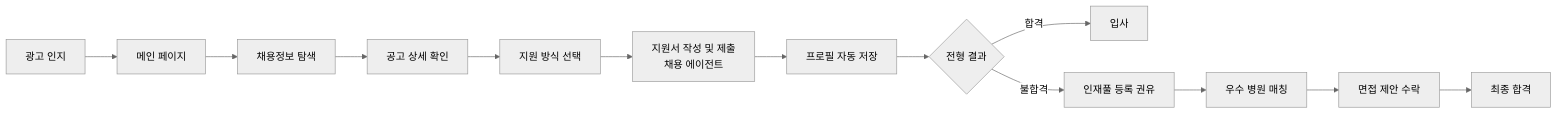
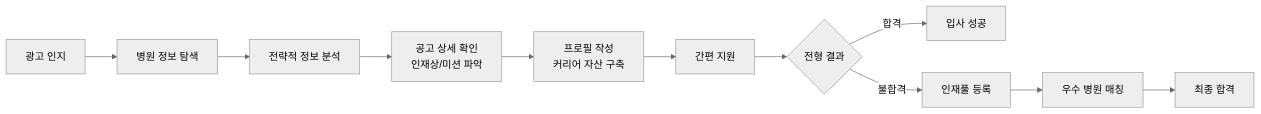
Before and after one commit to roydude/cursor-for-product-manager: the first of 2 diagrams in docs/01_product/메디컬잡다_리더_보고자료_원페이저.md, drawn with Mermaid (neutral theme). The commit also changed other lines of this file and 3 other files, not shown here.

````diff
--- a/docs/01_product/메디컬잡다_리더_보고자료_원페이저.md
+++ b/docs/01_product/메디컬잡다_리더_보고자료_원페이저.md
@@ -70,15 +136,14 @@
 ```mermaid
 graph LR
-    A[광고 인지] --> B[메인 페이지]
-    B --> C[채용정보 탐색]
-    C --> D[공고 상세 확인]
-    D --> E[지원 방식 선택]
-    E --> F[지원서 작성 및 제출<br>채용 에이전트]
-    F --> G[프로필 자동 저장]
-    G --> H{전형 결과}
-    H -->|합격| I[입사]
-    H -->|불합격| J[인재풀 등록 권유]
-    J --> K[우수 병원 매칭]
-    K --> L[면접 제안 수락]
-    L --> M[최종 합격]
+    A[광고 인지] --> B[병원 정보 탐색]
+    B --> C[전략적 정보 분석]
+    C --> D[공고 상세 확인<br>인재상/미션 파악]
+    D --> E[프로필 작성<br>커리어 자산 구축]
+    E --> F[간편 지원]
+    F --> G{전형 결과}
+    G -->|합격| H[입사 성공]
+    G -->|불합격| I[인재풀 등록]
+    I --> J[우수 병원 매칭]
+    J --> K[최종 합격]
+
 ```
````
